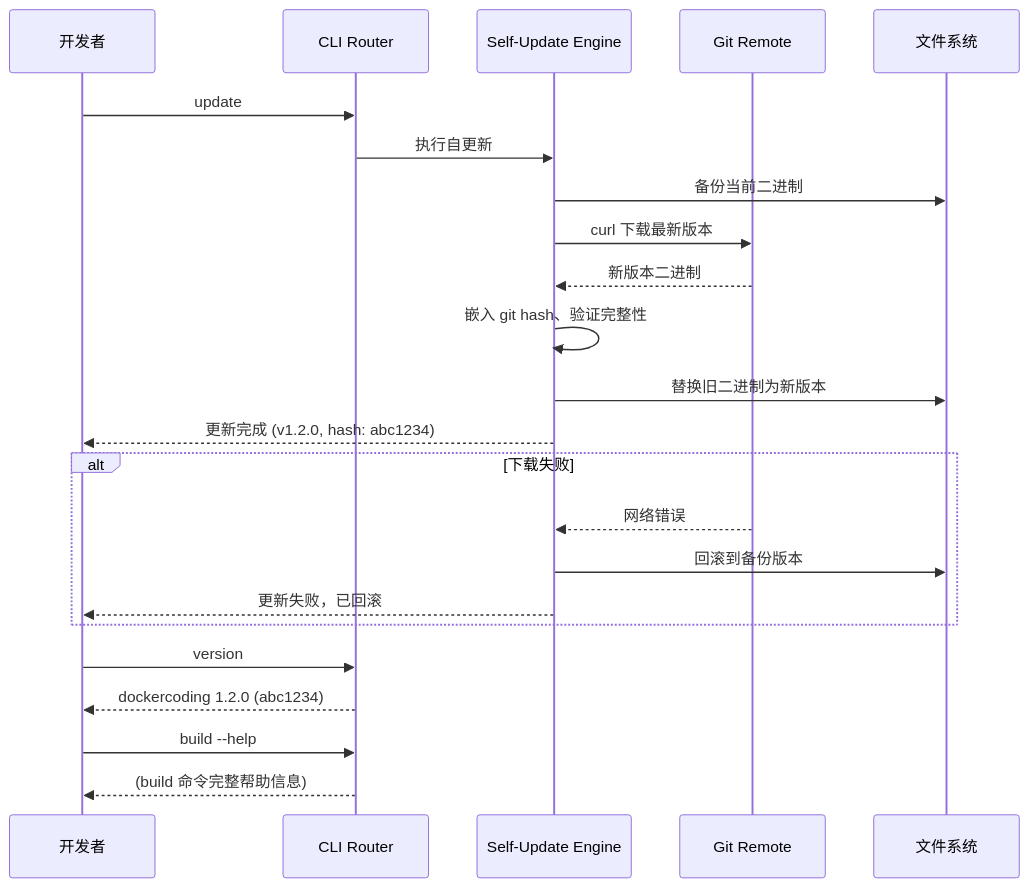
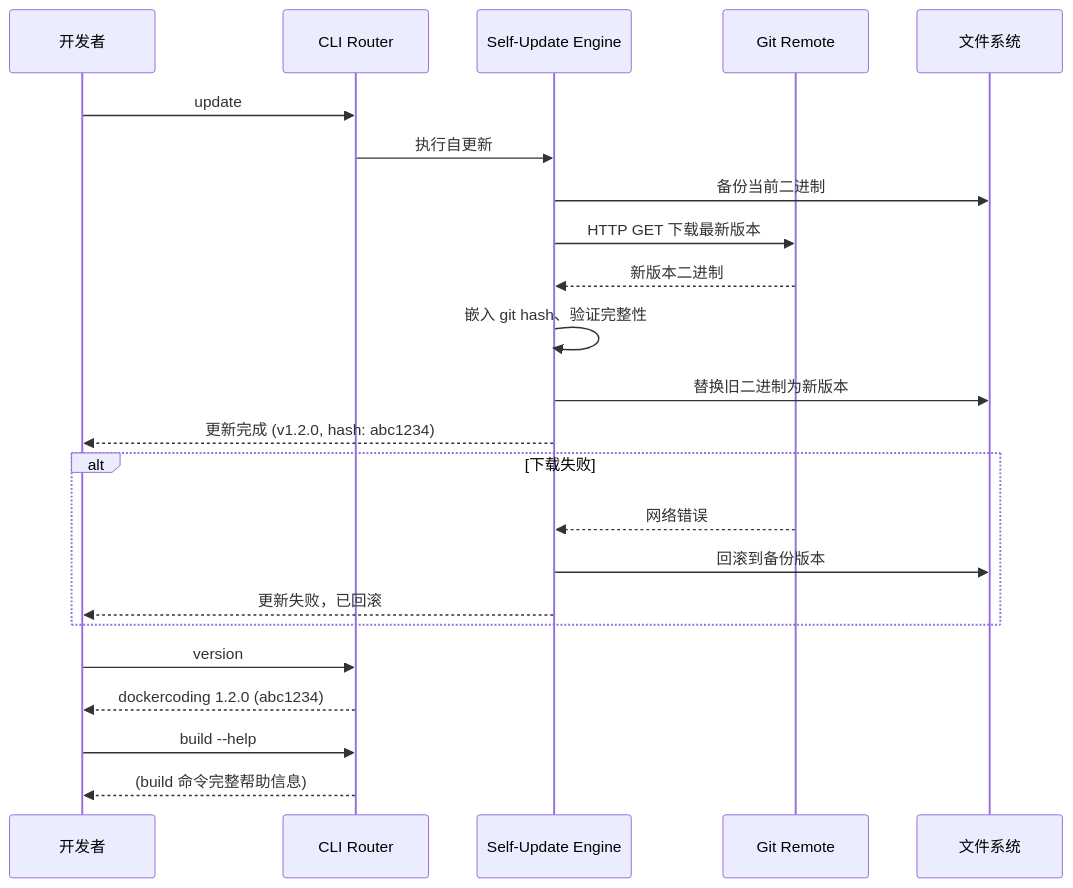
Before and after one commit to bianc2018/AgentForge: diagram 23 of 23 in docs/features/agent-forge/design.md, drawn with Mermaid. The commit also changed other lines of this file and 4 other files, not shown here.

First line of the commit message:
fix: 将 curl/git 从核心依赖调整为 Go 编译期/可选依赖

````diff
--- a/docs/features/agent-forge/design.md
+++ b/docs/features/agent-forge/design.md
@@ -1227,28 +1227,28 @@
 ```mermaid
 sequenceDiagram
     participant Dev as 开发者
     participant CLI as CLI Router
     participant UE as Self-Update Engine
     participant Git as Git Remote
     participant FS as 文件系统
 
     Dev->>CLI: update
     CLI->>UE: 执行自更新
     UE->>FS: 备份当前二进制
-    UE->>Git: curl 下载最新版本
+    UE->>Git: HTTP GET 下载最新版本
     Git-->>UE: 新版本二进制
     UE->>UE: 嵌入 git hash、验证完整性
     UE->>FS: 替换旧二进制为新版本
     UE-->>Dev: 更新完成 (v1.2.0, hash: abc1234)
     alt 下载失败
         Git-->>UE: 网络错误
         UE->>FS: 回滚到备份版本
         UE-->>Dev: 更新失败，已回滚
     end
 
     Dev->>CLI: version
     CLI-->>Dev: dockercoding 1.2.0 (abc1234)
 
     Dev->>CLI: build --help
     CLI-->>Dev: (build 命令完整帮助信息)
 ```
````
